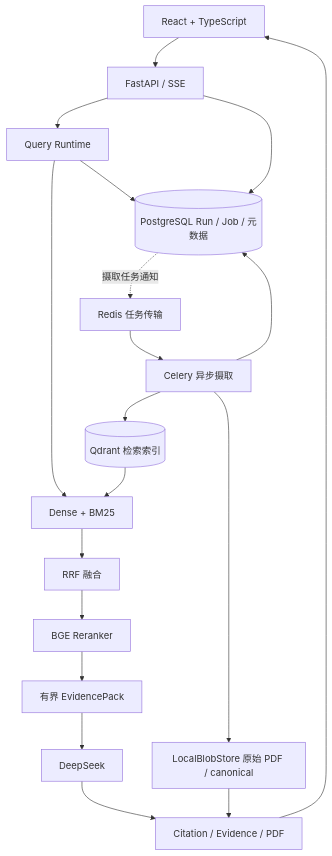
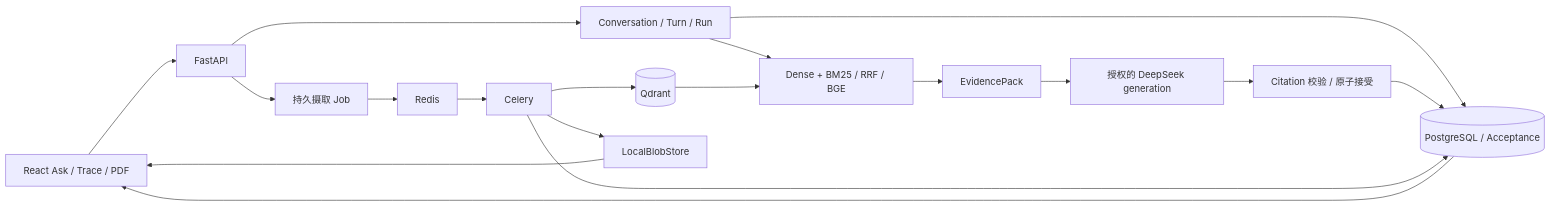
The diagram in README.md (BillZhao626/CiteWeave), drawn with Mermaid before and after one commit. The commit also changed other lines of this file and 34 other files, not shown here.

````diff
--- a/README.md
+++ b/README.md
@@ -45,21 +28,20 @@
 ```mermaid
-flowchart TD
-    UI[React + TypeScript] --> API[FastAPI / SSE]
-    API --> QR[Query Runtime]
-    QR --> Hybrid[Dense + BM25]
-    QD[(Qdrant 检索索引)] --> Hybrid
-    Hybrid --> RRF[RRF 融合]
-    RRF --> BGE[BGE Reranker]
-    BGE --> Pack[有界 EvidencePack]
-    Pack --> LLM[DeepSeek]
-    LLM --> Cite[Citation / Evidence / PDF]
-    Cite --> UI
-    QR --> PG[(PostgreSQL Run / Job / 元数据)]
-    API --> PG
-    PG -. 摄取任务通知 .-> Redis[Redis 任务传输]
-    Redis --> Worker[Celery 异步摄取]
+flowchart LR
+    UI[React Ask / Trace / PDF] --> API[FastAPI]
+    API --> Runtime[Conversation / Turn / Run]
+    Runtime --> PG[(PostgreSQL / Acceptance)]
+    Runtime --> Retrieval[Dense + BM25 / RRF / BGE]
+    QD[(Qdrant)] --> Retrieval
+    Retrieval --> Pack[EvidencePack]
+    Pack --> Generation[授权的 DeepSeek generation]
+    Generation --> Validate[Citation 校验 / 原子接受]
+    Validate --> PG
+    PG --> UI
+    API --> Jobs[持久摄取 Job]
+    Jobs --> Redis[Redis]
+    Redis --> Worker[Celery]
+    Worker --> PG
     Worker --> QD
-    Worker --> PG
-    Worker --> Blob[LocalBlobStore 原始 PDF / canonical]
-    Blob --> Cite
+    Worker --> Blob[LocalBlobStore]
+    Blob --> UI
 ```
````
